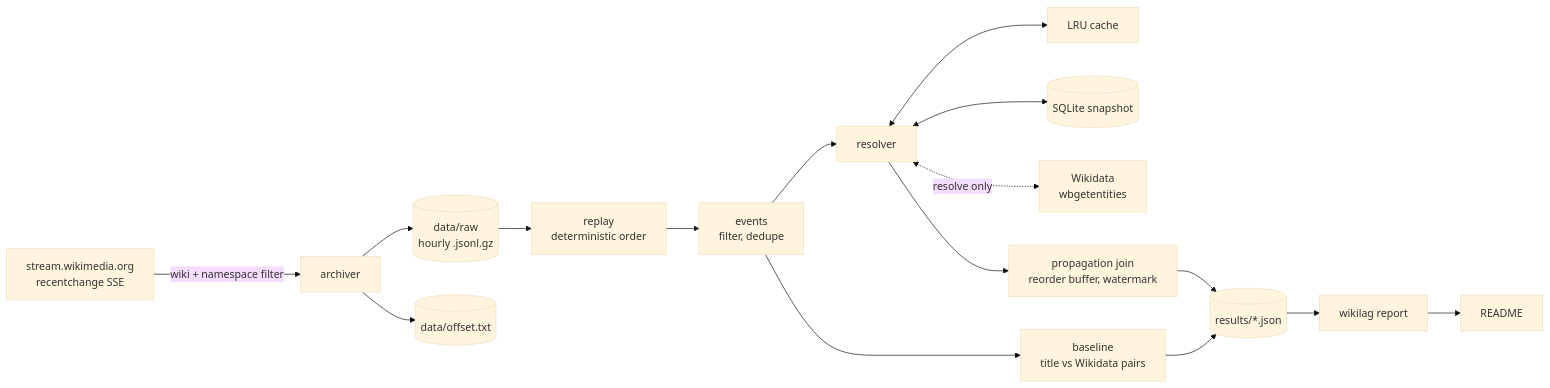
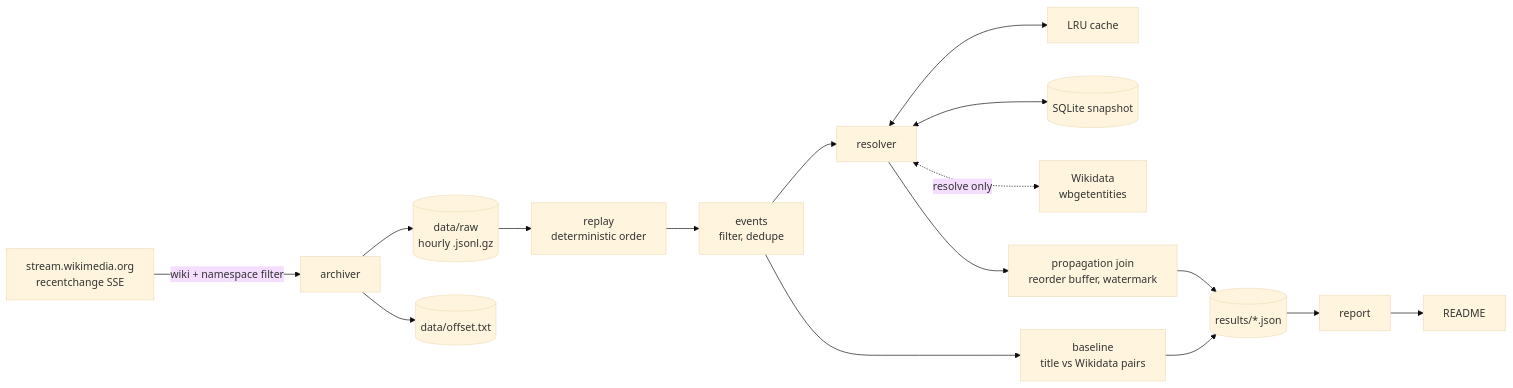
The diagram in README.md (lawgalyadel/WikipediaLagChecker), drawn with Mermaid (base theme) before and after one commit. The commit also changed other lines of this file and 35 other files, not shown here.

````diff
--- a/README.md
+++ b/README.md
@@ -114,17 +114,17 @@
 ```mermaid
 flowchart LR
     S[stream.wikimedia.org<br/>recentchange SSE] -->|wiki + namespace filter| A[archiver]
     A --> R[(data/raw<br/>hourly .jsonl.gz)]
     A --> O[(data/offset.txt)]
     R --> P[replay<br/>deterministic order]
     P --> E[events<br/>filter, dedupe]
     E --> W[resolver]
     W <--> L[LRU cache]
     W <--> Q[(SQLite snapshot)]
     W <-.->|resolve only| D[Wikidata<br/>wbgetentities]
     W --> J[propagation join<br/>reorder buffer, watermark]
     J --> X[(results/*.json)]
     E --> B[baseline<br/>title vs Wikidata pairs]
     B --> X
-    X --> M[wikilag report] --> README
+    X --> M[report] --> README
 ```
````
